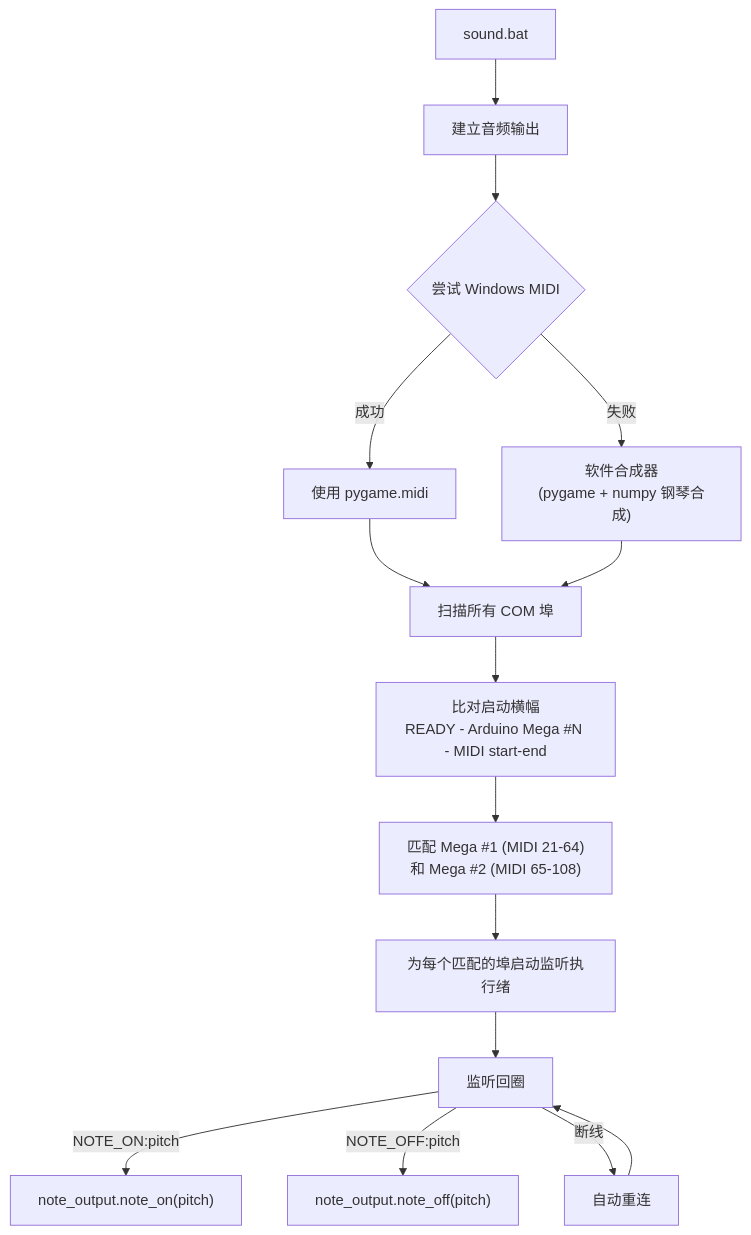
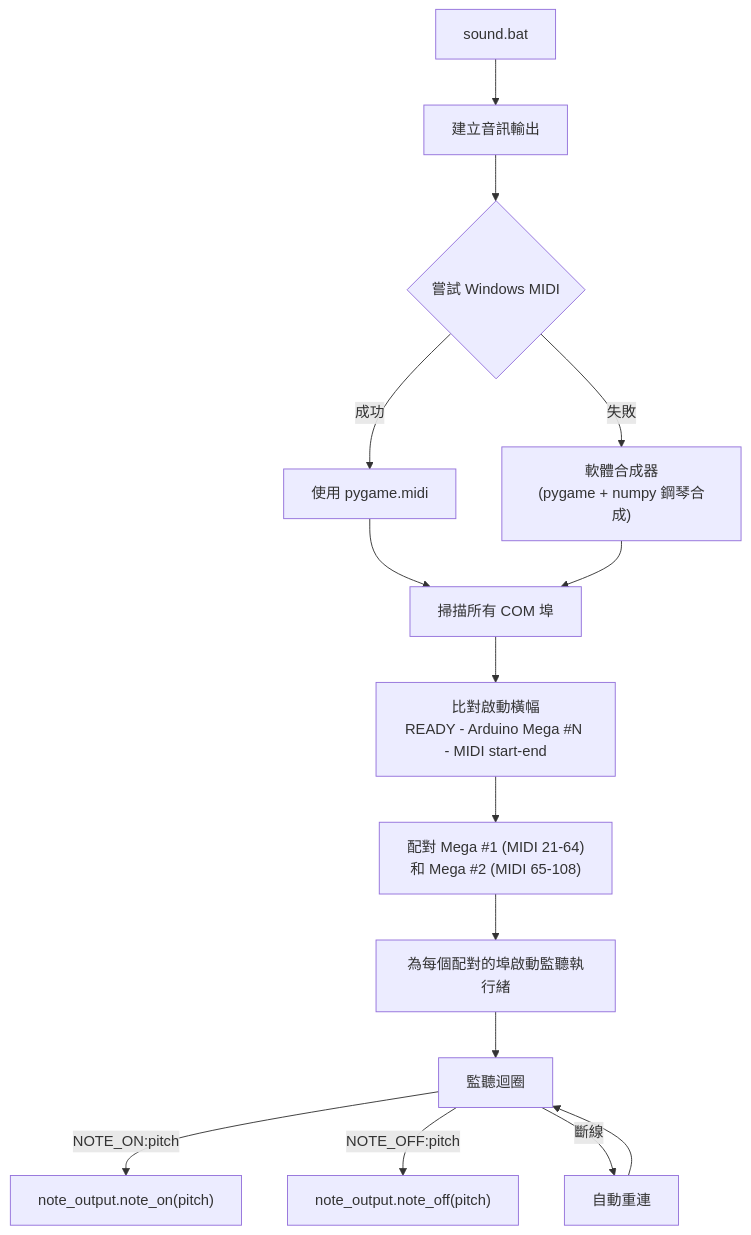
Before and after one commit to wjmmmwjj/auto_piano: the fifth of 14 diagrams in README.md, drawn with Mermaid. The commit also changed other lines of this file, not shown here.

Commit message:
README: 改為繁體中文版本，含安裝教學與完整流程圖

````diff
--- a/README.md
+++ b/README.md
@@ -403,18 +403,18 @@
 ```mermaid
 flowchart TD
-    A["sound.bat"] --> B["建立音频输出"]
-    B --> C{"尝试 Windows MIDI"}
+    A["sound.bat"] --> B["建立音訊輸出"]
+    B --> C{"嘗試 Windows MIDI"}
     C -->|"成功"| D["使用 pygame.midi"]
-    C -->|"失败"| E["软件合成器\n(pygame + numpy 钢琴合成)"]
+    C -->|"失敗"| E["軟體合成器\n(pygame + numpy 鋼琴合成)"]
 
-    D --> F["扫描所有 COM 埠"]
+    D --> F["掃描所有 COM 埠"]
     E --> F
-    F --> G["比对启动横幅\nREADY - Arduino Mega #N - MIDI start-end"]
-    G --> H["匹配 Mega #1 (MIDI 21-64)\n和 Mega #2 (MIDI 65-108)"]
-    H --> I["为每个匹配的埠启动监听执行绪"]
-    I --> J["监听回圈"]
+    F --> G["比對啟動橫幅\nREADY - Arduino Mega #N - MIDI start-end"]
+    G --> H["配對 Mega #1 (MIDI 21-64)\n和 Mega #2 (MIDI 65-108)"]
+    H --> I["為每個配對的埠啟動監聽執行緒"]
+    I --> J["監聽迴圈"]
     J -->|"NOTE_ON:pitch"| K["note_output.note_on(pitch)"]
     J -->|"NOTE_OFF:pitch"| L["note_output.note_off(pitch)"]
-    J -->|"断线"| M["自动重连"]
+    J -->|"斷線"| M["自動重連"]
     M --> J
 ```
````
